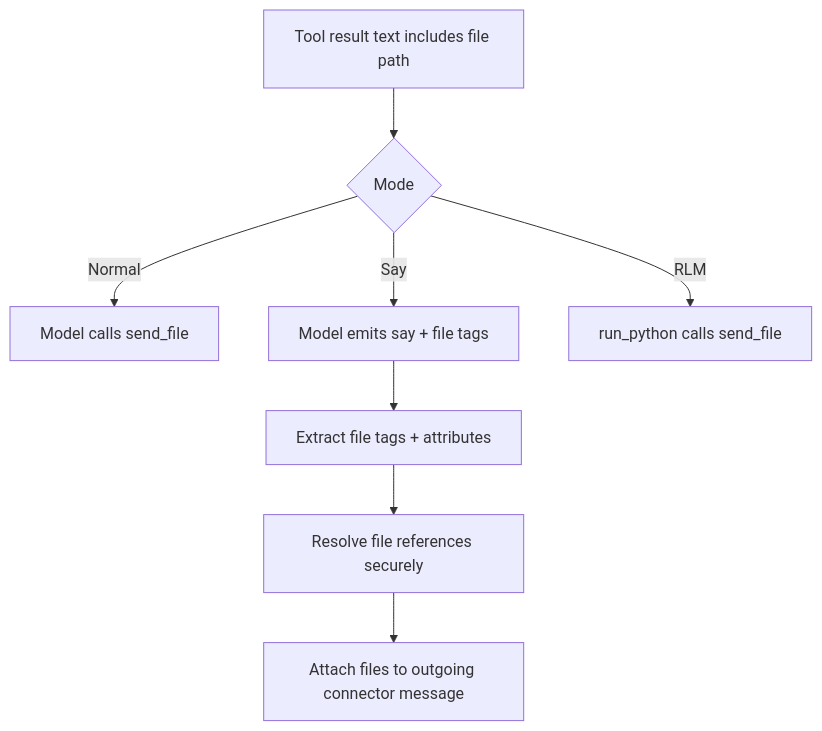
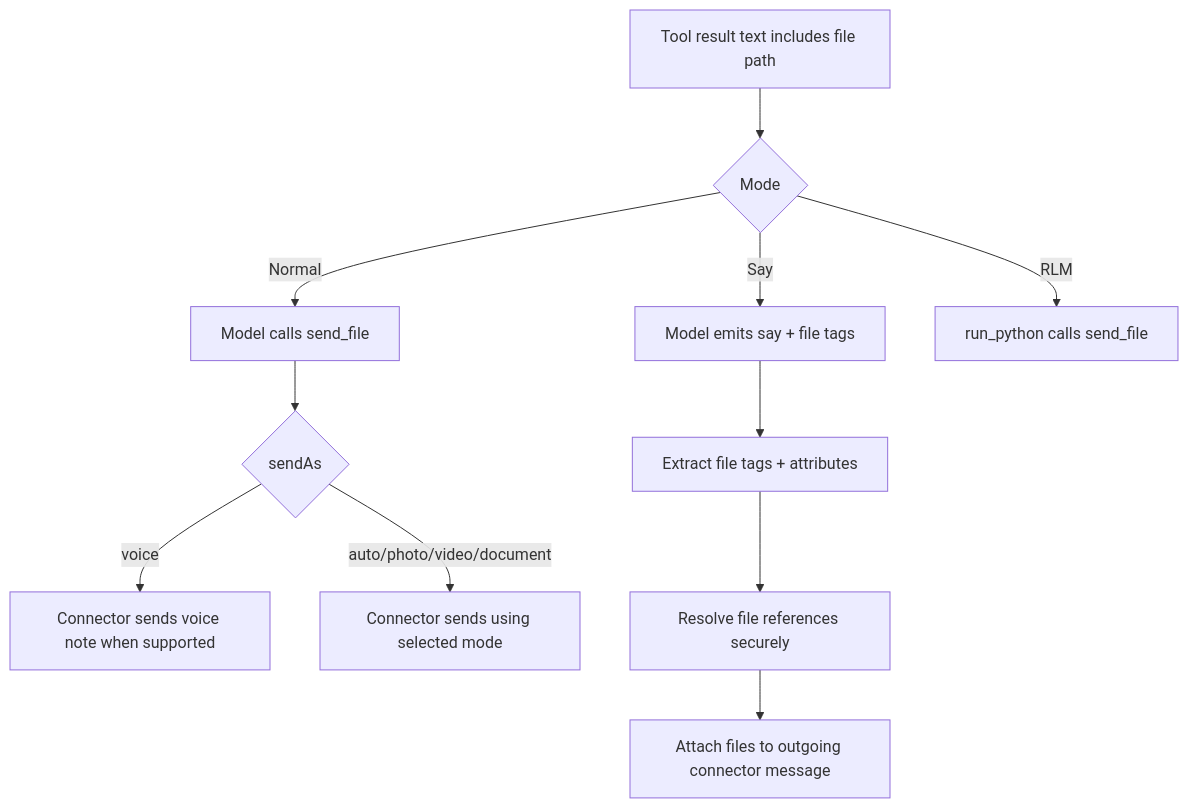
The diagram in doc/internals/file-delivery.md (ex3ndr/daycare), drawn with Mermaid before and after one commit. The commit also changed other lines of this file and 7 other files, not shown here.

Commit message:
feat(telegram): add voice file send mode

````diff
--- a/doc/internals/file-delivery.md
+++ b/doc/internals/file-delivery.md
@@ -39,10 +40,13 @@
 ```mermaid
 flowchart TD
   A[Tool result text includes file path] --> B{Mode}
   B -->|Normal| C[Model calls send_file]
+  C --> C1{sendAs}
+  C1 -->|voice| C2[Connector sends voice note when supported]
+  C1 -->|auto/photo/video/document| C3[Connector sends using selected mode]
   B -->|Say| D[Model emits say + file tags]
   D --> E[Extract file tags + attributes]
   E --> F[Resolve file references securely]
   F --> G[Attach files to outgoing connector message]
   B -->|RLM| H[run_python calls send_file]
 ```
````
